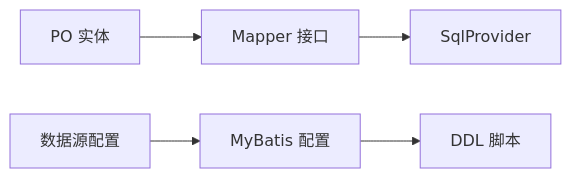
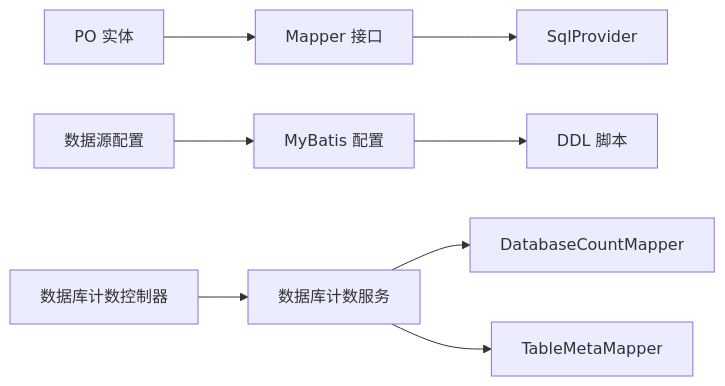
Before and after one commit to magicliang/domain-driven-transaction-sys: the eighth of 8 diagrams in .qoder/repowiki/zh/content/数据访问层/数据访问层.md, drawn with Mermaid. The commit also changed other lines of this file and 37 other files, not shown here.

````diff
--- a/.qoder/repowiki/zh/content/数据访问层/数据访问层.md
+++ b/.qoder/repowiki/zh/content/数据访问层/数据访问层.md
@@ -336,7 +487,10 @@
 ```mermaid
 graph LR
 PO["PO 实体"] --> Mapper["Mapper 接口"]
 Mapper --> Provider["SqlProvider"]
 DS["数据源配置"] --> MB["MyBatis 配置"]
 MB --> DDL["DDL 脚本"]
+DC["数据库计数服务"] --> DCMapper["DatabaseCountMapper"]
+DC --> TMM["TableMetaMapper"]
+Ctrl["数据库计数控制器"] --> DC
 ```
````
